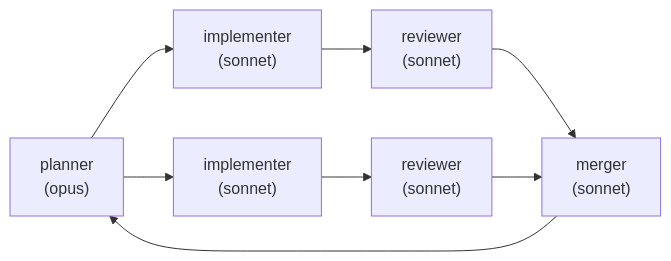
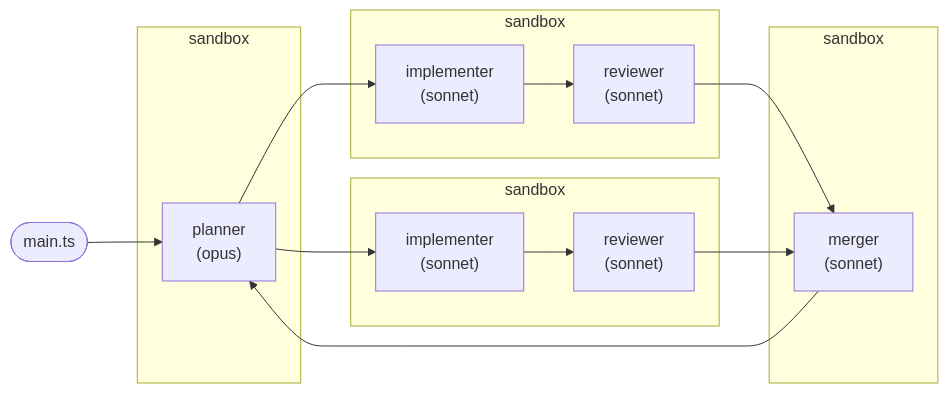
Before and after one commit to RRMoelker/sandcastle-beads-workshop: the fifth of 5 diagrams in slides/slides.md, drawn with Mermaid. The commit also changed other lines of this file and 3 other files, not shown here.

````diff
--- a/slides/slides.md
+++ b/slides/slides.md
@@ -288,10 +322,26 @@
 ```mermaid
 flowchart LR
-  P["planner<br/>(opus)"] --> B1["implementer<br/>(sonnet)"]
+  M0(["main.ts"]) --> P["planner<br/>(opus)"]
+  P --> B1["implementer<br/>(sonnet)"]
   B1 --> R1["reviewer<br/>(sonnet)"]
   P --> B2["implementer<br/>(sonnet)"]
   B2 --> R2["reviewer<br/>(sonnet)"]
-  R1 --> M["merger<br/>(sonnet)"]
-  R2 --> M
-  M --> P
+  R1 --> MG["merger<br/>(sonnet)"]
+  R2 --> MG
+  MG --> P
+
+  subgraph SP["sandbox"]
+    P
+  end
+  subgraph S1["sandbox"]
+    B1
+    R1
+  end
+  subgraph S2["sandbox"]
+    B2
+    R2
+  end
+  subgraph SM["sandbox"]
+    MG
+  end
 ```
````
